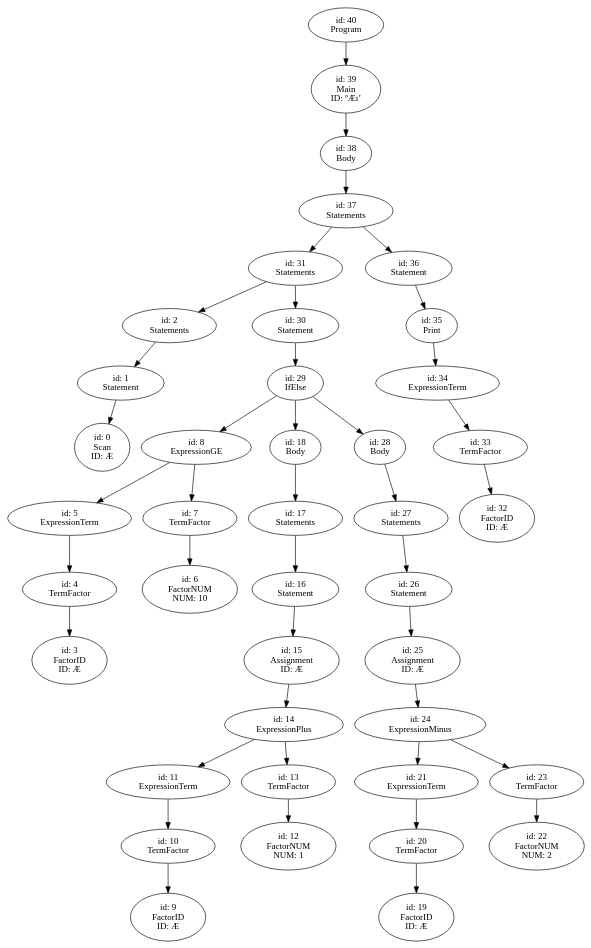
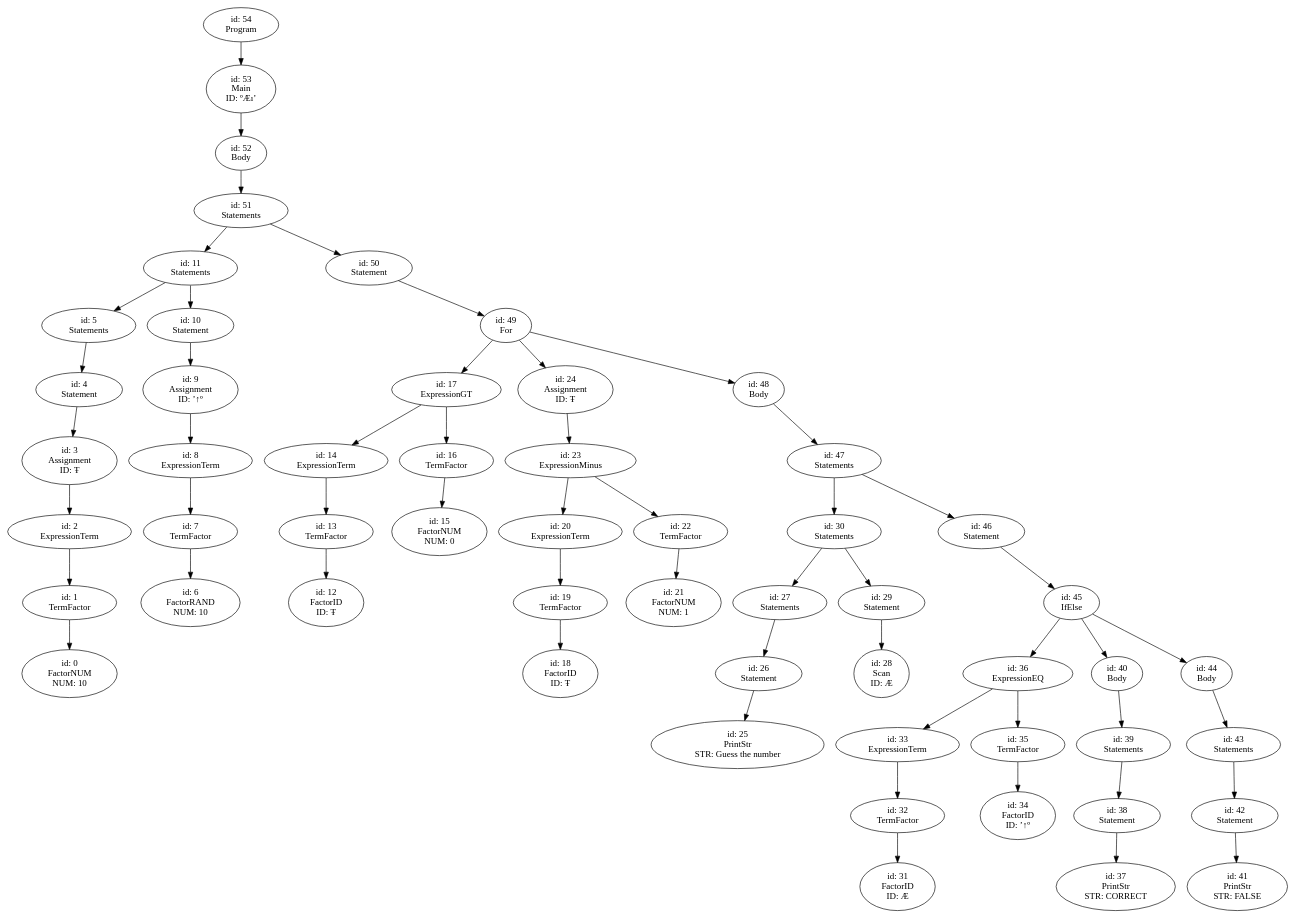
Before and after one commit to Finn-Artmann/Styx: the diagram in ex10/ast.gv, drawn with Graphviz. The commit also changed 8 other files, not shown here.

```diff
--- a/ex10/ast.gv
+++ b/ex10/ast.gv
@@ -1,135 +1,185 @@
 digraph ast {
-n40 [label="id: 40
+n54 [label="id: 54
  Program"];
-n40 -> n39;
-n39 [label="id: 39
+n54 -> n53;
+n53 [label="id: 53
  Main
  ID: ºÆı’"];
-n39 -> n38;
-n38 [label="id: 38
+n53 -> n52;
+n52 [label="id: 52
  Body"];
-n38 -> n37;
-n37 [label="id: 37
+n52 -> n51;
+n51 [label="id: 51
  Statements"];
-n37 -> n31;
-n31 [label="id: 31
+n51 -> n11;
+n11 [label="id: 11
  Statements"];
-n31 -> n2;
+n11 -> n5;
+n5 [label="id: 5
+ Statements"];
+n5 -> n4;
+n4 [label="id: 4
+ Statement"];
+n4 -> n3;
+n3 [label="id: 3
+ Assignment
+ ID: Ŧ"];
+n3 -> n2;
 n2 [label="id: 2
- Statements"];
+ ExpressionTerm"];
 n2 -> n1;
 n1 [label="id: 1
- Statement"];
+ TermFactor"];
 n1 -> n0;
 n0 [label="id: 0
- Scan
- ID: Æ"];
-n31 -> n30;
-n30 [label="id: 30
+ FactorNUM
+ NUM: 10"];
+n11 -> n10;
+n10 [label="id: 10
  Statement"];
-n30 -> n29;
-n29 [label="id: 29
- IfElse"];
-n29 -> n8;
+n10 -> n9;
+n9 [label="id: 9
+ Assignment
+ ID: ’↑º"];
+n9 -> n8;
 n8 [label="id: 8
- ExpressionGE"];
-n8 -> n5;
-n5 [label="id: 5
  ExpressionTerm"];
-n5 -> n4;
-n4 [label="id: 4
- TermFactor"];
-n4 -> n3;
-n3 [label="id: 3
- FactorID
- ID: Æ"];
 n8 -> n7;
 n7 [label="id: 7
  TermFactor"];
 n7 -> n6;
 n6 [label="id: 6
- FactorNUM
+ FactorRAND
  NUM: 10"];
-n29 -> n18;
-n18 [label="id: 18
- Body"];
-n18 -> n17;
+n51 -> n50;
+n50 [label="id: 50
+ Statement"];
+n50 -> n49;
+n49 [label="id: 49
+ For"];
+n49 -> n17;
 n17 [label="id: 17
- Statements"];
-n17 -> n16;
-n16 [label="id: 16
- Statement"];
-n16 -> n15;
-n15 [label="id: 15
- Assignment
- ID: Æ"];
-n15 -> n14;
+ ExpressionGT"];
+n17 -> n14;
 n14 [label="id: 14
- ExpressionPlus"];
-n14 -> n11;
-n11 [label="id: 11
  ExpressionTerm"];
-n11 -> n10;
-n10 [label="id: 10
- TermFactor"];
-n10 -> n9;
-n9 [label="id: 9
- FactorID
- ID: Æ"];
 n14 -> n13;
 n13 [label="id: 13
  TermFactor"];
 n13 -> n12;
 n12 [label="id: 12
+ FactorID
+ ID: Ŧ"];
+n17 -> n16;
+n16 [label="id: 16
+ TermFactor"];
+n16 -> n15;
+n15 [label="id: 15
+ FactorNUM
+ NUM: 0"];
+n49 -> n24;
+n24 [label="id: 24
+ Assignment
+ ID: Ŧ"];
+n24 -> n23;
+n23 [label="id: 23
+ ExpressionMinus"];
+n23 -> n20;
+n20 [label="id: 20
+ ExpressionTerm"];
+n20 -> n19;
+n19 [label="id: 19
+ TermFactor"];
+n19 -> n18;
+n18 [label="id: 18
+ FactorID
+ ID: Ŧ"];
+n23 -> n22;
+n22 [label="id: 22
+ TermFactor"];
+n22 -> n21;
+n21 [label="id: 21
  FactorNUM
  NUM: 1"];
-n29 -> n28;
-n28 [label="id: 28
+n49 -> n48;
+n48 [label="id: 48
  Body"];
-n28 -> n27;
+n48 -> n47;
+n47 [label="id: 47
+ Statements"];
+n47 -> n30;
+n30 [label="id: 30
+ Statements"];
+n30 -> n27;
 n27 [label="id: 27
  Statements"];
 n27 -> n26;
 n26 [label="id: 26
  Statement"];
 n26 -> n25;
 n25 [label="id: 25
- Assignment
+ PrintStr
+ STR: Guess the number
+"];
+n30 -> n29;
+n29 [label="id: 29
+ Statement"];
+n29 -> n28;
+n28 [label="id: 28
+ Scan
  ID: Æ"];
-n25 -> n24;
-n24 [label="id: 24
- ExpressionMinus"];
-n24 -> n21;
-n21 [label="id: 21
+n47 -> n46;
+n46 [label="id: 46
+ Statement"];
+n46 -> n45;
+n45 [label="id: 45
+ IfElse"];
+n45 -> n36;
+n36 [label="id: 36
+ ExpressionEQ"];
+n36 -> n33;
+n33 [label="id: 33
  ExpressionTerm"];
-n21 -> n20;
-n20 [label="id: 20
+n33 -> n32;
+n32 [label="id: 32
  TermFactor"];
-n20 -> n19;
-n19 [label="id: 19
+n32 -> n31;
+n31 [label="id: 31
  FactorID
  ID: Æ"];
-n24 -> n23;
-n23 [label="id: 23
- TermFactor"];
-n23 -> n22;
-n22 [label="id: 22
- FactorNUM
- NUM: 2"];
-n37 -> n36;
-n36 [label="id: 36
- Statement"];
 n36 -> n35;
 n35 [label="id: 35
- Print"];
+ TermFactor"];
 n35 -> n34;
 n34 [label="id: 34
- ExpressionTerm"];
-n34 -> n33;
-n33 [label="id: 33
- TermFactor"];
-n33 -> n32;
-n32 [label="id: 32
  FactorID
- ID: Æ"];
+ ID: ’↑º"];
+n45 -> n40;
+n40 [label="id: 40
+ Body"];
+n40 -> n39;
+n39 [label="id: 39
+ Statements"];
+n39 -> n38;
+n38 [label="id: 38
+ Statement"];
+n38 -> n37;
+n37 [label="id: 37
+ PrintStr
+ STR: CORRECT
+"];
+n45 -> n44;
+n44 [label="id: 44
+ Body"];
+n44 -> n43;
+n43 [label="id: 43
+ Statements"];
+n43 -> n42;
+n42 [label="id: 42
+ Statement"];
+n42 -> n41;
+n41 [label="id: 41
+ PrintStr
+ STR: FALSE 
+"];
 }
```
